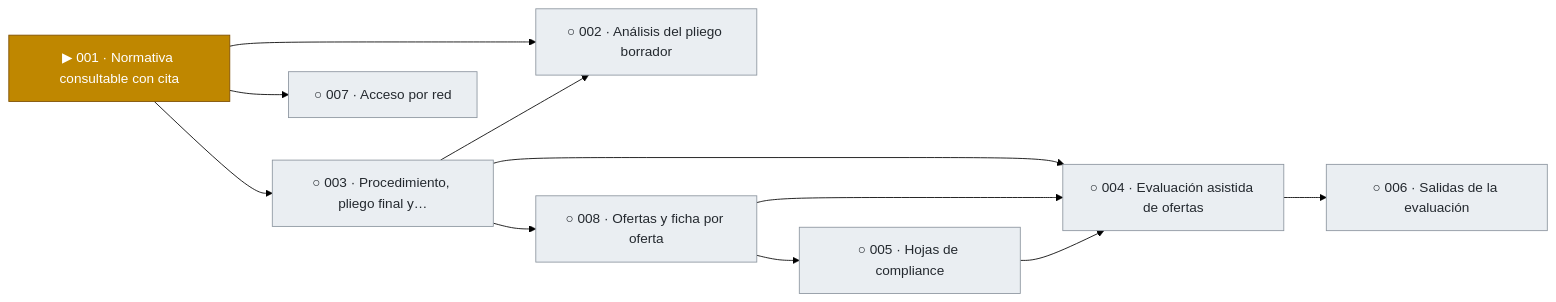
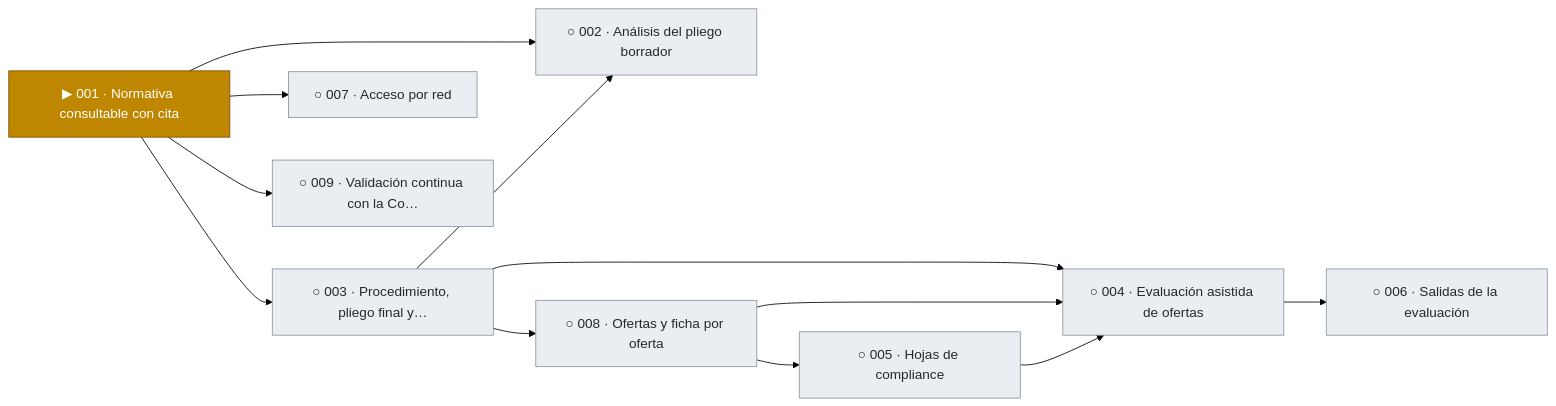
The first of 3 diagrams in docs/tablero.md (snavello/EVALUON), drawn with Mermaid (forest theme) before and after one commit. The commit also changed other lines of this file and 2 other files, not shown here.

Commit message:
gestión: feature 009 en la hoja de ruta (ADR-0016)

````diff
--- a/docs/tablero.md
+++ b/docs/tablero.md
@@ -9,26 +9,28 @@
 ```mermaid
 flowchart LR
   F001["▶ 001 · Normativa consultable con cita"]:::active
   F002["○ 002 · Análisis del pliego borrador"]:::todo
   F003["○ 003 · Procedimiento, pliego final y…"]:::todo
   F004["○ 004 · Evaluación asistida de ofertas"]:::todo
   F005["○ 005 · Hojas de compliance"]:::todo
   F006["○ 006 · Salidas de la evaluación"]:::todo
   F007["○ 007 · Acceso por red"]:::todo
   F008["○ 008 · Ofertas y ficha por oferta"]:::todo
+  F009["○ 009 · Validación continua con la Co…"]:::todo
   F001 --> F002
   F003 --> F002
   F001 --> F003
   F003 --> F004
   F008 --> F004
   F005 --> F004
   F008 --> F005
   F004 --> F006
   F001 --> F007
   F003 --> F008
+  F001 --> F009
   classDef done fill:#1a7f37,stroke:#116329,color:#ffffff
   classDef review fill:#0969da,stroke:#0550ae,color:#ffffff
   classDef active fill:#bf8700,stroke:#7d4e00,color:#ffffff
   classDef blocked fill:#cf222e,stroke:#a40e26,color:#ffffff
   classDef todo fill:#eaeef2,stroke:#8c959f,color:#24292f
 ```
````
